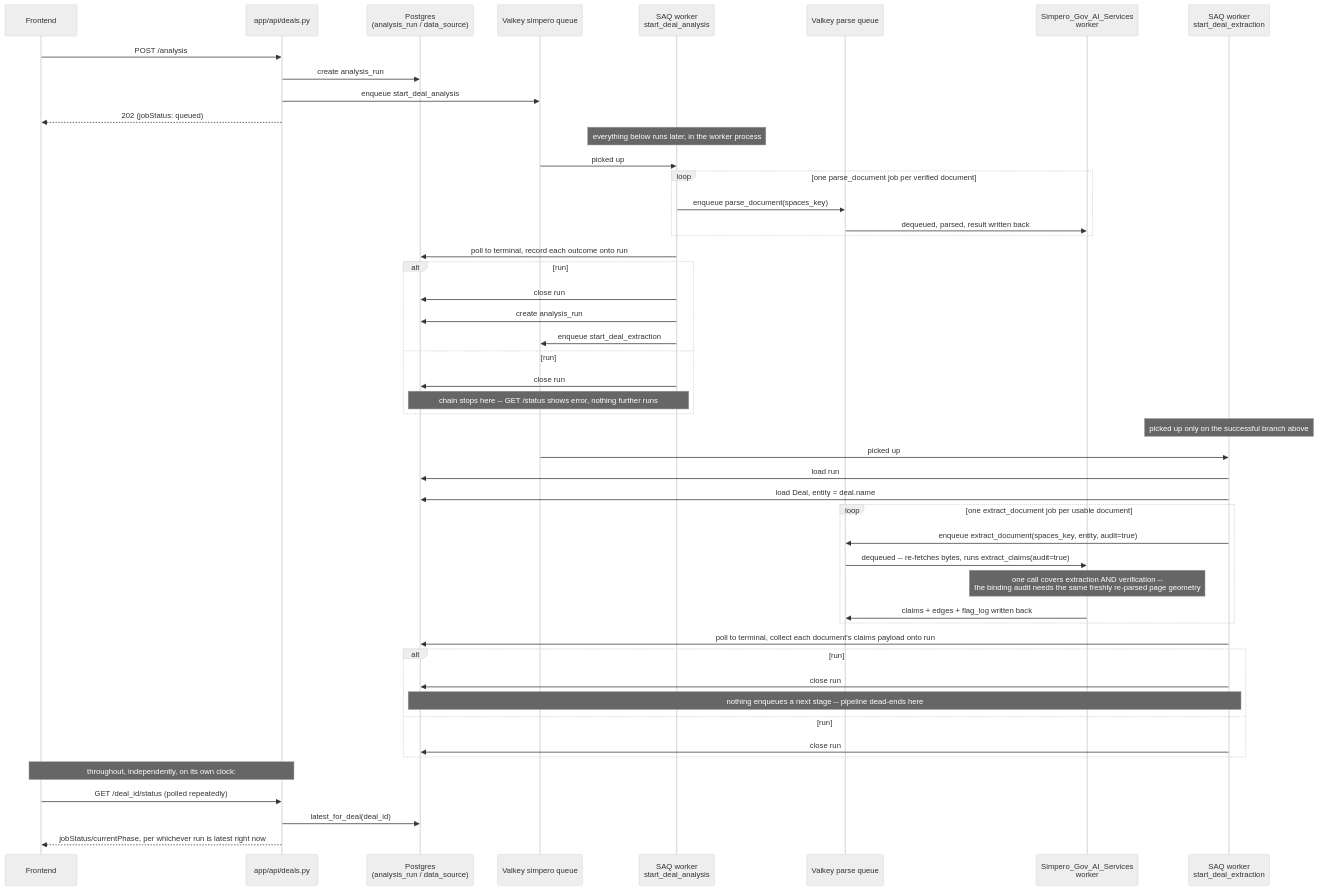
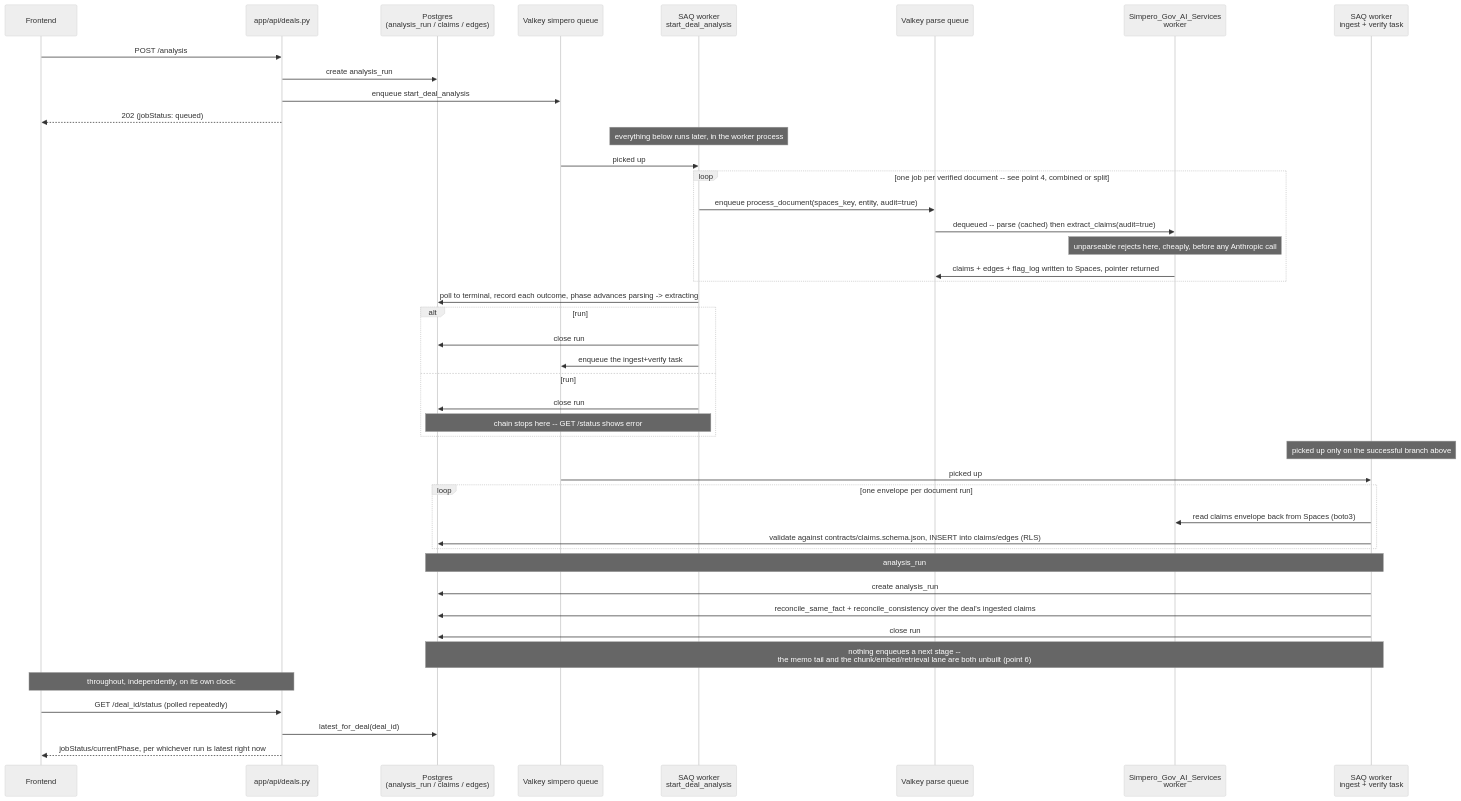
One commit to Simpero-AI/Simpero_AI_Gov_Alpha changed the diagram in docs/plans/analysis-pipeline-stage-chaining.md. Above: the diagram before and after it, drawn with Mermaid (neutral theme). The commit also changed other lines of this file and 13 other files, not shown here.

````diff
--- a/docs/plans/analysis-pipeline-stage-chaining.md
+++ b/docs/plans/analysis-pipeline-stage-chaining.md
@@ -174,59 +251,55 @@
 ```mermaid
 sequenceDiagram
     participant FE as Frontend
     participant API as app/api/deals.py
-    participant DB as Postgres<br/>(analysis_run / data_source)
+    participant DB as Postgres<br/>(analysis_run / claims / edges)
     participant SQ as Valkey simpero queue
     participant W1 as SAQ worker<br/>start_deal_analysis
     participant PQ as Valkey parse queue
     participant PS as Simpero_Gov_AI_Services<br/>worker
-    participant W2 as SAQ worker<br/>start_deal_extraction
+    participant W2 as SAQ worker<br/>ingest + verify task
 
     FE->>API: POST /analysis
     API->>DB: create analysis_run #1 (job_name=parsing, status=queued)
     API->>SQ: enqueue start_deal_analysis
     API-->>FE: 202 (jobStatus: queued)
 
     Note over W1: everything below runs later, in the worker process
 
     SQ->>W1: picked up
-    loop one parse_document job per verified document
-        W1->>PQ: enqueue parse_document(spaces_key)
-        PQ->>PS: dequeued, parsed, result written back
+    loop one job per verified document -- see point 4, combined or split
+        W1->>PQ: enqueue process_document(spaces_key, entity, audit=true)
+        PQ->>PS: dequeued -- parse (cached) then extract_claims(audit=true)
+        Note over PS: unparseable rejects here, cheaply, before any Anthropic call
+        PS->>PQ: claims + edges + flag_log written to Spaces, pointer returned
     end
-    W1->>DB: poll to terminal, record each outcome onto run #1's parse_jobs
+    W1->>DB: poll to terminal, record each outcome, phase advances parsing -> extracting
 
     alt run #1 successful
-        W1->>DB: close run #1 (status=successful, job_comments)
-        W1->>DB: create analysis_run #2 (job_name=extraction, status=queued)
-        W1->>SQ: enqueue start_deal_extraction
+        W1->>DB: close run #1 (status=successful)
+        W1->>SQ: enqueue the ingest+verify task
     else run #1 failed
         W1->>DB: close run #1 (status=failed, error_message)
-        Note over W1,DB: chain stops here -- GET /status shows error, nothing further runs
+        Note over W1,DB: chain stops here -- GET /status shows error
     end
 
     Note over W2: picked up only on the successful branch above
 
     SQ->>W2: picked up
-    W2->>DB: load run #1's parse_jobs, keep outcome == parsed only
-    W2->>DB: load Deal, entity = deal.name
-    loop one extract_document job per usable document
-        W2->>PQ: enqueue extract_document(spaces_key, entity, audit=true)
-        PQ->>PS: dequeued -- re-fetches bytes, runs extract_claims(audit=true)
-        Note over PS: one call covers extraction AND verification --<br/>the binding audit needs the same freshly re-parsed page geometry
-        PS->>PQ: claims + edges + flag_log written back
+    loop one envelope per document run #1 produced
+        W2->>PS: read claims envelope back from Spaces (boto3)
+        W2->>DB: validate against contracts/claims.schema.json, INSERT into claims/edges (RLS)
     end
-    W2->>DB: poll to terminal, collect each document's claims payload onto run #2
+    Note over W2,DB: analysis_run #2 (job_name=extraction) closes here -- ingest is its last step
 
-    alt run #2 successful
-        W2->>DB: close run #2 (status=successful)
-        Note over W2,DB: nothing enqueues a next stage -- pipeline dead-ends here
-    else run #2 failed
-        W2->>DB: close run #2 (status=failed, error_message)
-    end
+    W2->>DB: create analysis_run #3 (job_name=verification, status=queued)
+    W2->>DB: reconcile_same_fact + reconcile_consistency over the deal's ingested claims
+    W2->>DB: close run #3 (status=successful|failed)
+
+    Note over W2,DB: nothing enqueues a next stage --<br/>the memo tail and the chunk/embed/retrieval lane are both unbuilt (point 6)
 
     Note over FE,API: throughout, independently, on its own clock:
     FE->>API: GET /deal_id/status (polled repeatedly)
     API->>DB: latest_for_deal(deal_id)
     API-->>FE: jobStatus/currentPhase, per whichever run is latest right now
 ```
````
